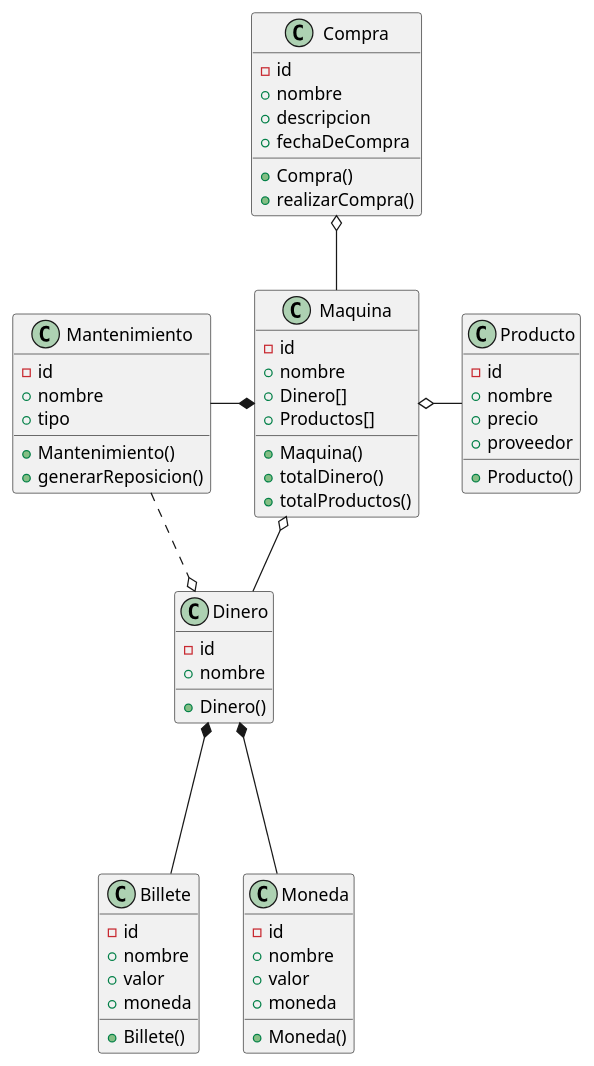
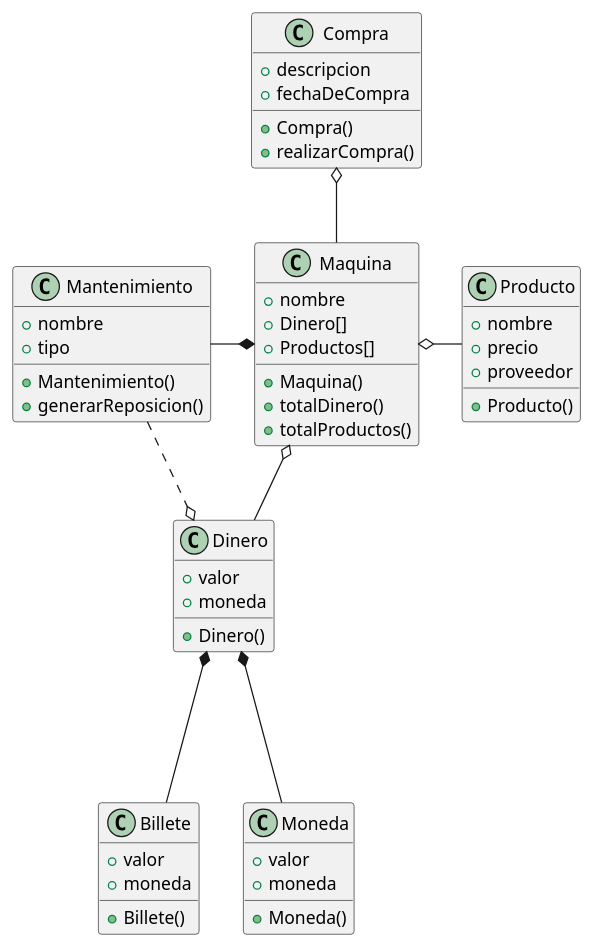
One commit to mmasias/IdSw2-22-23 changed the diagram in Grupo2/diagrama-de-clases/clases.plantuml. Above: the diagram before and after it, drawn with PlantUML. The commit also changed 9 other files, not shown here.

```diff
--- a/Grupo2/diagrama-de-clases/clases.plantuml
+++ b/Grupo2/diagrama-de-clases/clases.plantuml
@@ -1,76 +1,67 @@
 @startuml modelo-de-dominio
 class Compra {
-    - id
-    + nombre
     + descripcion
     + fechaDeCompra
 
     + Compra()
     + realizarCompra()
 }
 
 class Maquina {
-    - id
     + nombre
     + Dinero[]
     + Productos[]
 
     + Maquina()
     + totalDinero()
     + totalProductos()
 
 }
 
 class Billete {
-    - id
-    + nombre
     + valor
     + moneda
 
     + Billete()
 }
 
 class Moneda {
-    - id
-    + nombre
     + valor
     + moneda
 
     + Moneda()
 }
 
 class Producto {
-    - id
     + nombre
     + precio
     + proveedor
 
     + Producto()
 }
 
 class Dinero {
-    - id
-    + nombre
+    + valor
+    + moneda
 
     + Dinero()
 }
 
-class Mantenimiento  {
-    - id
+class Mantenimiento {
     + nombre
     + tipo
 
     + Mantenimiento()
     + generarReposicion()
 }
 
 Maquina -u-o Compra
 Maquina *--l Mantenimiento
 Maquina o-- Dinero
 Maquina o---r Producto
 
 Dinero *--- Billete
 Dinero *--- Moneda
 Mantenimiento ...r.o Dinero
 
 @enduml
```
